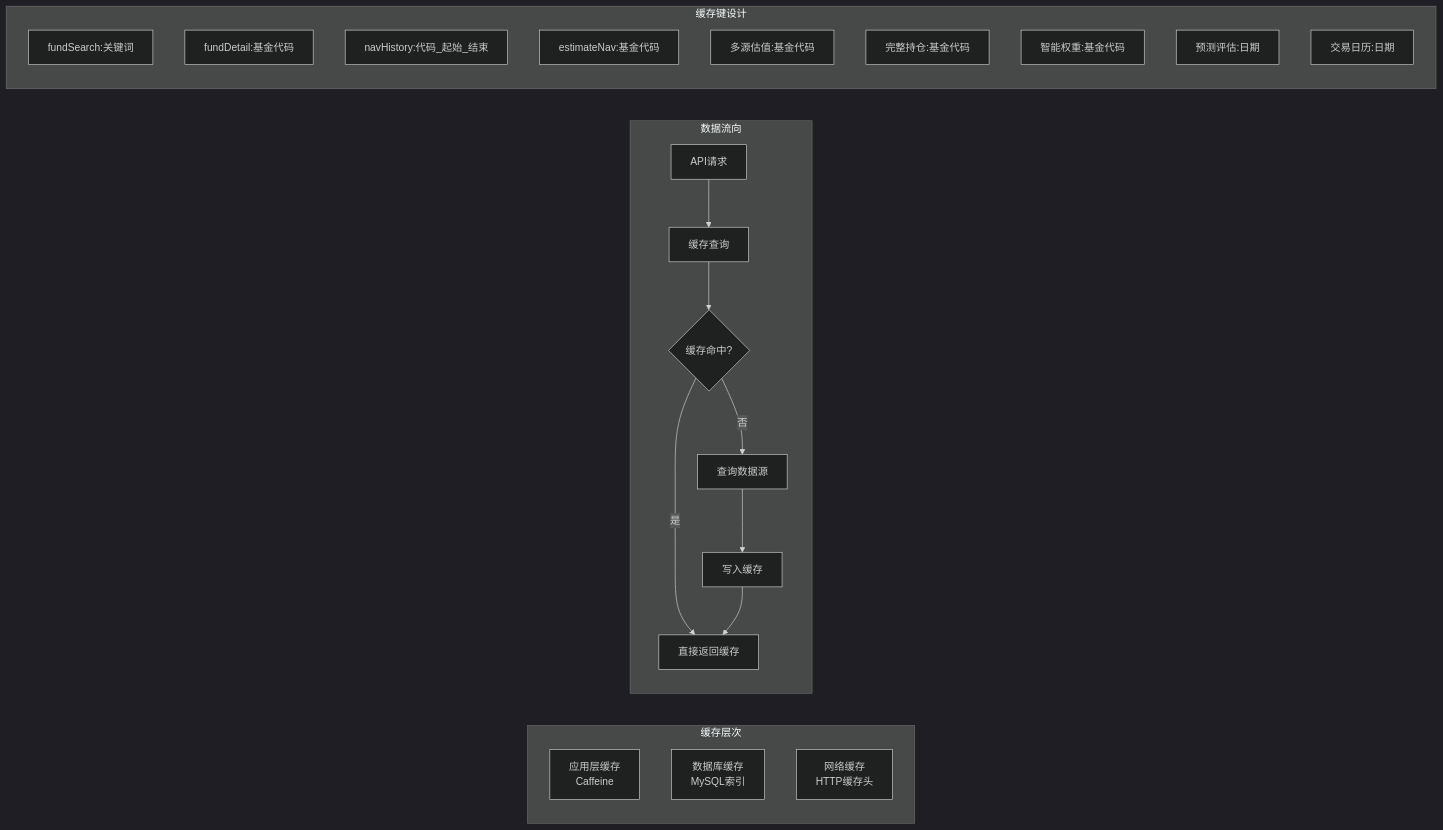
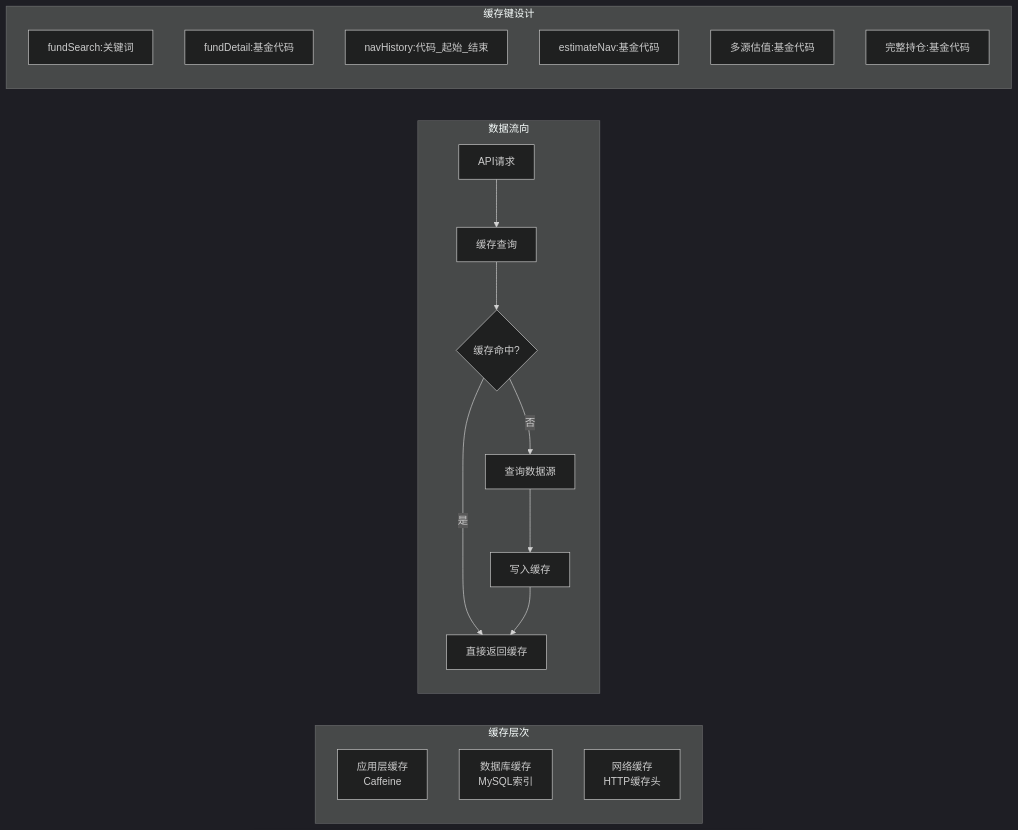
Before and after one commit to gree-coder/fund-butler: the eighth of 23 diagrams in .qoder/repowiki/zh/content/核心功能开发/多源基金估值系统.md, drawn with Mermaid (dark theme). The commit also changed other lines of this file and 21 other files, not shown here.

````diff
--- a/.qoder/repowiki/zh/content/核心功能开发/多源基金估值系统.md
+++ b/.qoder/repowiki/zh/content/核心功能开发/多源基金估值系统.md
@@ -594,27 +397,24 @@
 ```mermaid
 graph LR
 subgraph "缓存层次"
 A[应用层缓存<br/>Caffeine]
 B[数据库缓存<br/>MySQL索引]
 C[网络缓存<br/>HTTP缓存头]
 end
 subgraph "数据流向"
 D[API请求] --> E[缓存查询]
 E --> F{缓存命中?}
 F --> |是| G[直接返回缓存]
 F --> |否| H[查询数据源]
 H --> I[写入缓存]
 I --> G
 end
 subgraph "缓存键设计"
 J[fundSearch:关键词]
 K[fundDetail:基金代码]
 L[navHistory:代码_起始_结束]
 M[estimateNav:基金代码]
 N[多源估值:基金代码]
 O[完整持仓:基金代码]
-P[智能权重:基金代码]
-Q[预测评估:日期]
-R[交易日历:日期]
 end
 ```
````
